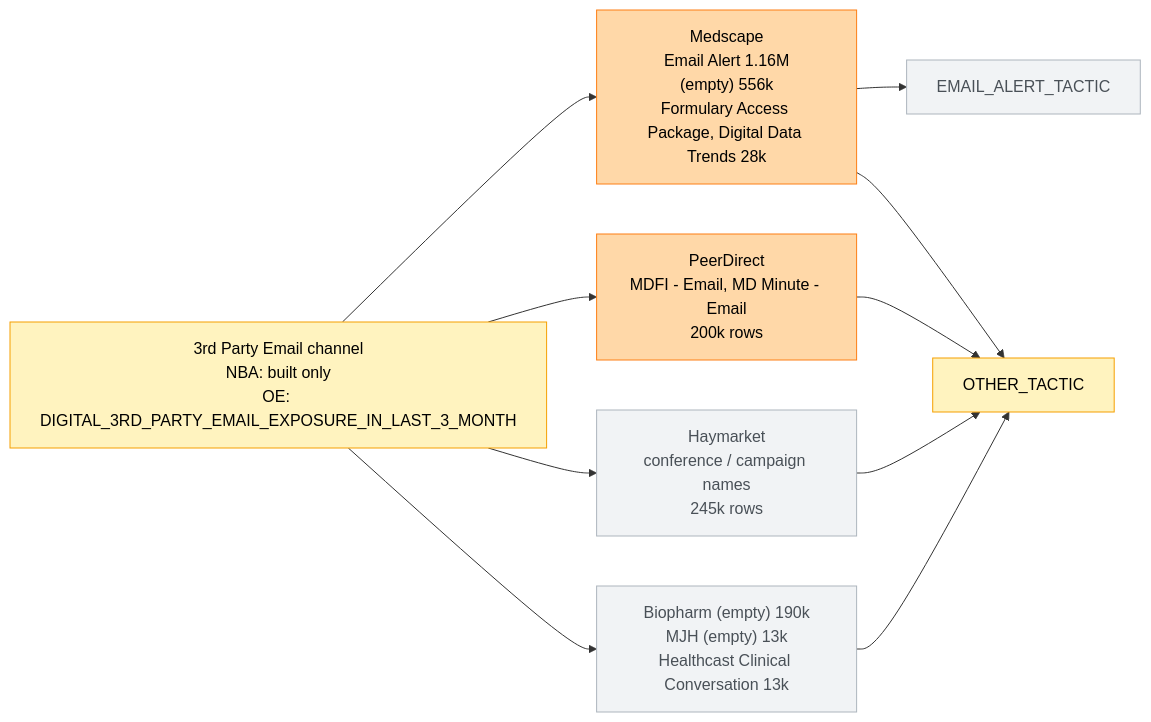
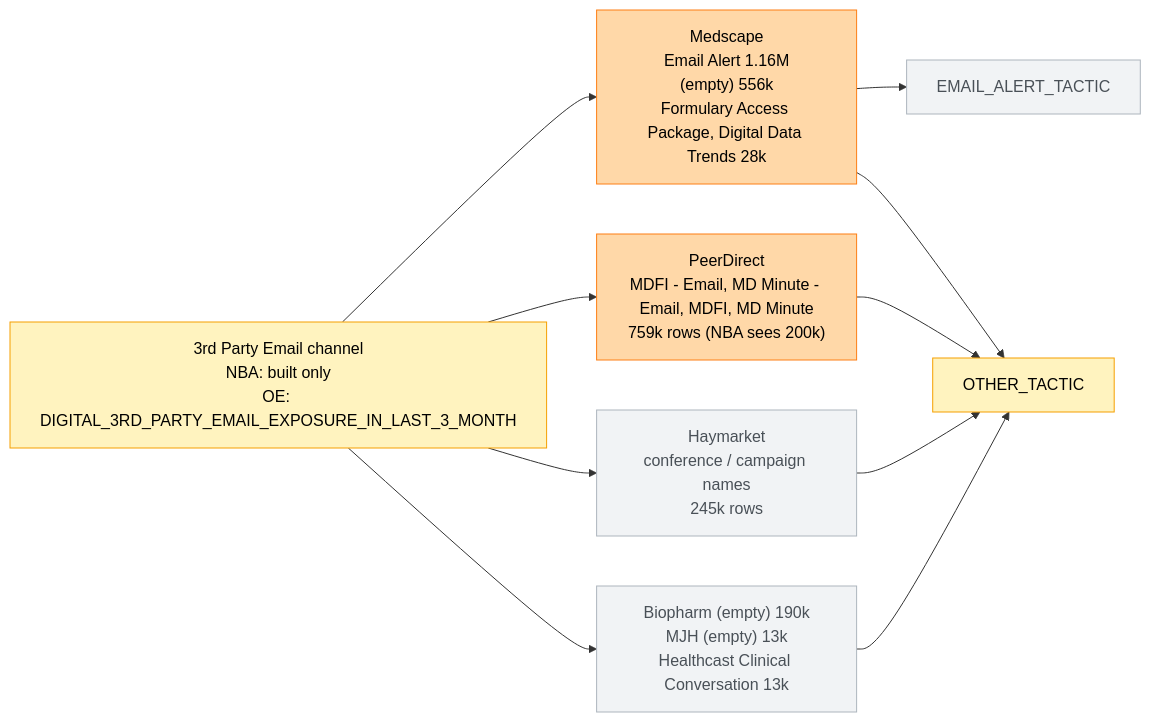
One commit to WenjieAtBayer/kerendia_nba_3_1_develop changed the third of 7 diagrams in NBA 3.1 - Dev/04_Promotional_Features/non_personal_promotional_features/01_digital_entity_map_vendor_channel_tactic_content.md. Above: the diagram before and after it, drawn with Mermaid. The commit also changed other lines of this file and 1 other file, not shown here.

````diff
--- a/NBA 3.1 - Dev/04_Promotional_Features/non_personal_promotional_features/01_digital_entity_map_vendor_channel_tactic_content.md
+++ b/NBA 3.1 - Dev/04_Promotional_Features/non_personal_promotional_features/01_digital_entity_map_vendor_channel_tactic_content.md
@@ -157,25 +167,25 @@
 ```mermaid
 flowchart LR
     TPE["3rd Party Email channel<br/>NBA: built only<br/>OE: DIGITAL_3RD_PARTY_EMAIL_EXPOSURE_IN_LAST_3_MONTH"]
 
     TPE --> MSE["Medscape<br/>Email Alert 1.16M<br/>(empty) 556k<br/>Formulary Access Package, Digital Data Trends 28k"]
-    TPE --> PDE["PeerDirect<br/>MDFI - Email, MD Minute - Email<br/>200k rows"]
+    TPE --> PDE["PeerDirect<br/>MDFI - Email, MD Minute - Email, MDFI, MD Minute<br/>759k rows (NBA sees 200k)"]
     TPE --> HAYE["Haymarket<br/>conference / campaign names<br/>245k rows"]
     TPE --> BIOE["Biopharm (empty) 190k<br/>MJH (empty) 13k<br/>Healthcast Clinical Conversation 13k"]
 
     MSE --> T_EA["EMAIL_ALERT_TACTIC"]
     MSE --> T_OTH2["OTHER_TACTIC"]
     PDE --> T_OTH2
     HAYE --> T_OTH2
     BIOE --> T_OTH2
 
     classDef oeR fill:#ffd8a8,stroke:#fd7e14,color:#000
     classDef oeF fill:#fff3bf,stroke:#f59f00,color:#000
     classDef nbaB fill:#f1f3f5,stroke:#adb5bd,color:#495057
 
     class TPE oeF
     class MSE,PDE oeR
     class HAYE,BIOE nbaB
     class T_EA nbaB
     class T_OTH2 oeF
 ```
````
